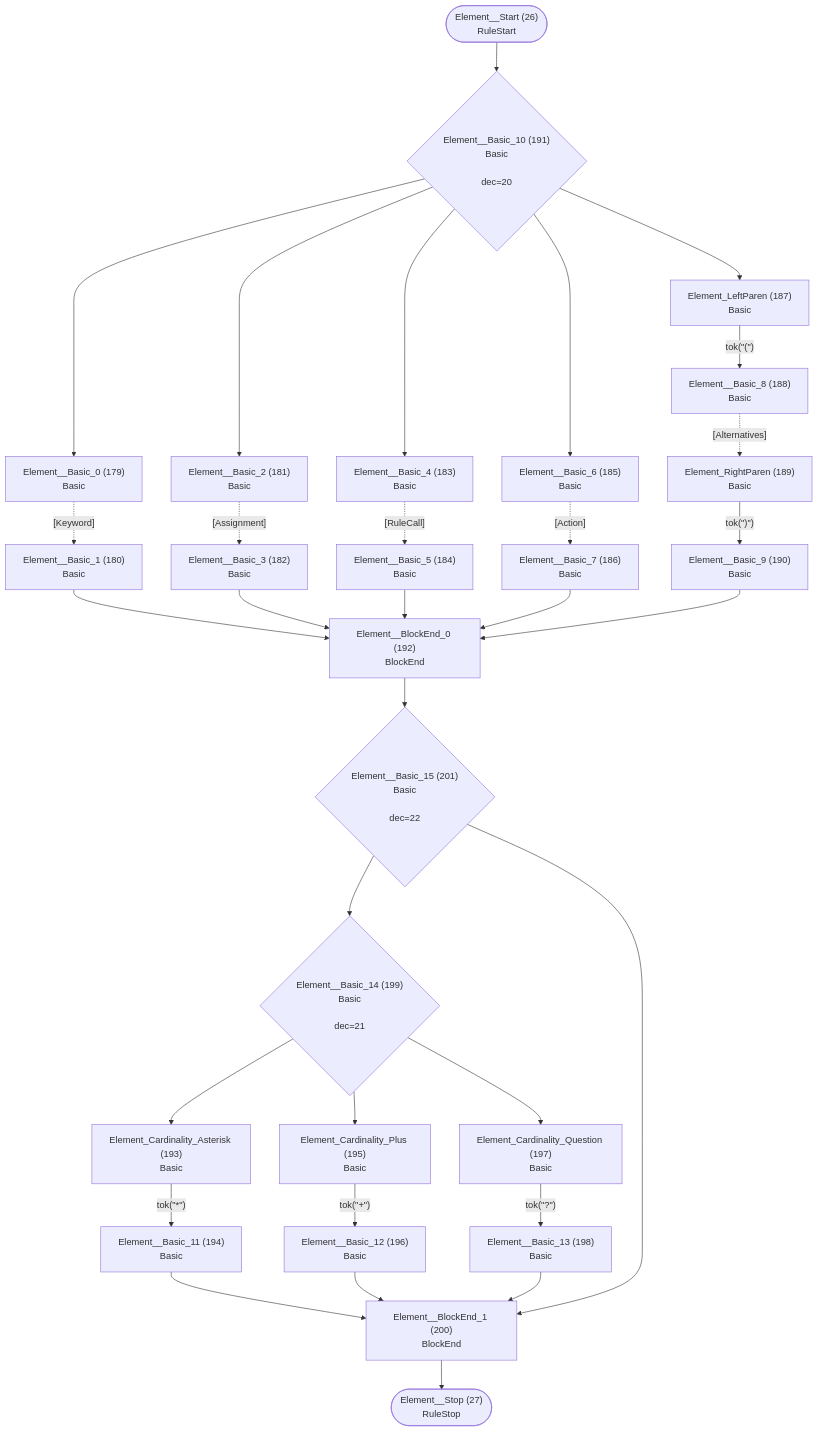
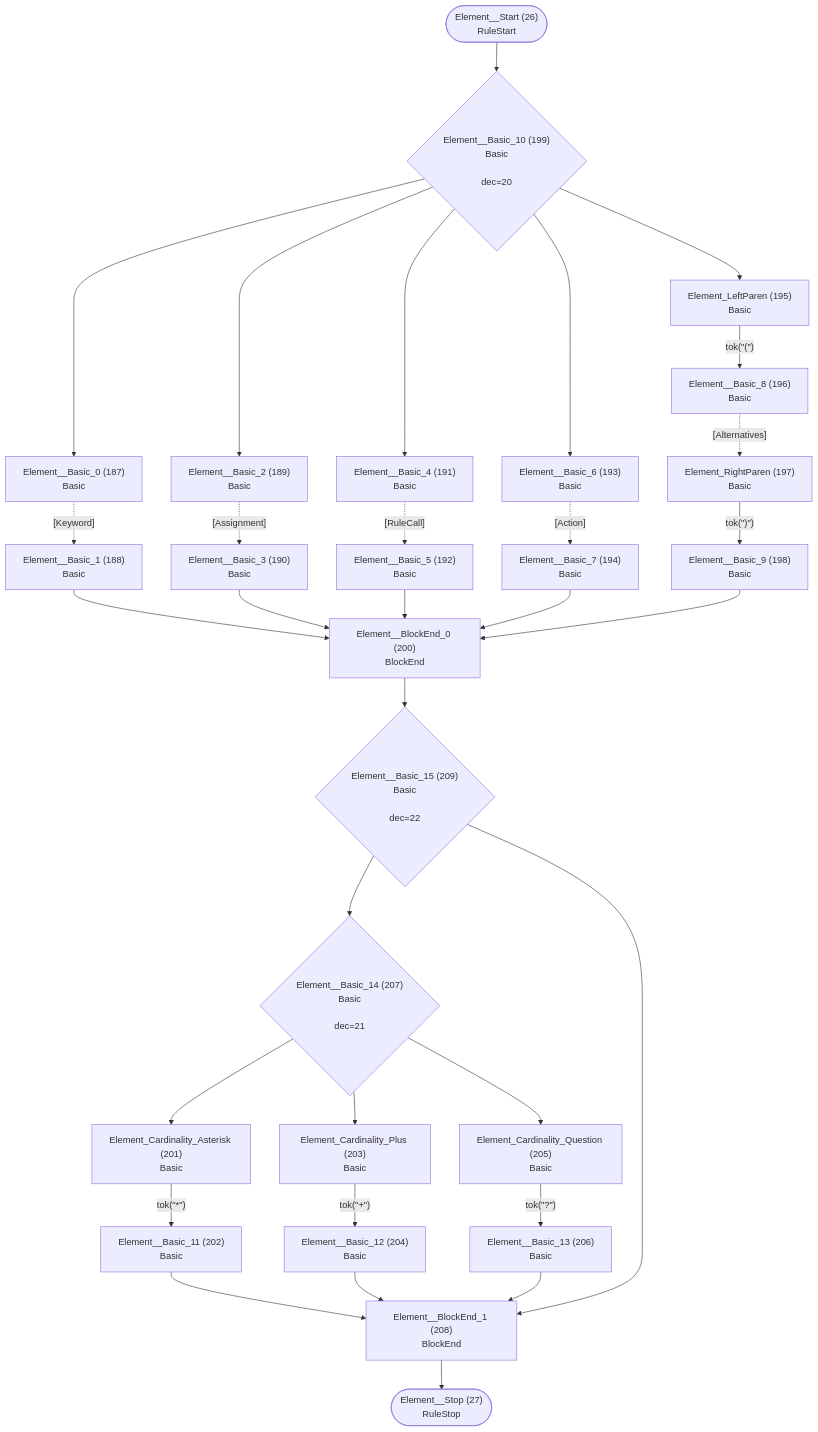
One commit to TypeFox/fastbelt changed diagram 14 of 29 in internal/grammar/atn.md. Above: the diagram before and after it, drawn with Mermaid. The commit also changed other lines of this file and 41 other files, not shown here.

````diff
--- a/internal/grammar/atn.md
+++ b/internal/grammar/atn.md
@@ -416,60 +421,60 @@
 ```mermaid
 flowchart TD
     q26(["Element__Start (26)<br/>RuleStart"])
     q27(["Element__Stop (27)<br/>RuleStop"])
-    q179["Element__Basic_0 (179)<br/>Basic<br/>"]
-    q180["Element__Basic_1 (180)<br/>Basic<br/>"]
-    q181["Element__Basic_2 (181)<br/>Basic<br/>"]
-    q182["Element__Basic_3 (182)<br/>Basic<br/>"]
-    q183["Element__Basic_4 (183)<br/>Basic<br/>"]
-    q184["Element__Basic_5 (184)<br/>Basic<br/>"]
-    q185["Element__Basic_6 (185)<br/>Basic<br/>"]
-    q186["Element__Basic_7 (186)<br/>Basic<br/>"]
-    q187["Element_LeftParen (187)<br/>Basic<br/>"]
-    q188["Element__Basic_8 (188)<br/>Basic<br/>"]
-    q189["Element_RightParen (189)<br/>Basic<br/>"]
-    q190["Element__Basic_9 (190)<br/>Basic<br/>"]
-    q191{"Element__Basic_10 (191)<br/>Basic<br/><br/>dec=20"}
-    q192["Element__BlockEnd_0 (192)<br/>BlockEnd<br/>"]
-    q193["Element_Cardinality_Asterisk (193)<br/>Basic<br/>"]
-    q194["Element__Basic_11 (194)<br/>Basic<br/>"]
-    q195["Element_Cardinality_Plus (195)<br/>Basic<br/>"]
-    q196["Element__Basic_12 (196)<br/>Basic<br/>"]
-    q197["Element_Cardinality_Question (197)<br/>Basic<br/>"]
-    q198["Element__Basic_13 (198)<br/>Basic<br/>"]
-    q199{"Element__Basic_14 (199)<br/>Basic<br/><br/>dec=21"}
-    q200["Element__BlockEnd_1 (200)<br/>BlockEnd<br/>"]
-    q201{"Element__Basic_15 (201)<br/>Basic<br/><br/>dec=22"}
+    q187["Element__Basic_0 (187)<br/>Basic<br/>"]
+    q188["Element__Basic_1 (188)<br/>Basic<br/>"]
+    q189["Element__Basic_2 (189)<br/>Basic<br/>"]
+    q190["Element__Basic_3 (190)<br/>Basic<br/>"]
+    q191["Element__Basic_4 (191)<br/>Basic<br/>"]
+    q192["Element__Basic_5 (192)<br/>Basic<br/>"]
+    q193["Element__Basic_6 (193)<br/>Basic<br/>"]
+    q194["Element__Basic_7 (194)<br/>Basic<br/>"]
+    q195["Element_LeftParen (195)<br/>Basic<br/>"]
+    q196["Element__Basic_8 (196)<br/>Basic<br/>"]
+    q197["Element_RightParen (197)<br/>Basic<br/>"]
+    q198["Element__Basic_9 (198)<br/>Basic<br/>"]
+    q199{"Element__Basic_10 (199)<br/>Basic<br/><br/>dec=20"}
+    q200["Element__BlockEnd_0 (200)<br/>BlockEnd<br/>"]
+    q201["Element_Cardinality_Asterisk (201)<br/>Basic<br/>"]
+    q202["Element__Basic_11 (202)<br/>Basic<br/>"]
+    q203["Element_Cardinality_Plus (203)<br/>Basic<br/>"]
+    q204["Element__Basic_12 (204)<br/>Basic<br/>"]
+    q205["Element_Cardinality_Question (205)<br/>Basic<br/>"]
+    q206["Element__Basic_13 (206)<br/>Basic<br/>"]
+    q207{"Element__Basic_14 (207)<br/>Basic<br/><br/>dec=21"}
+    q208["Element__BlockEnd_1 (208)<br/>BlockEnd<br/>"]
+    q209{"Element__Basic_15 (209)<br/>Basic<br/><br/>dec=22"}
 
-    q26 --> q191
-    q179 -.->|"[Keyword]"| q180
-    q180 --> q192
-    q181 -.->|"[Assignment]"| q182
-    q182 --> q192
-    q183 -.->|"[RuleCall]"| q184
-    q184 --> q192
-    q185 -.->|"[Action]"| q186
-    q186 --> q192
-    q187 -->|"tok(&quot;(&quot;)"| q188
-    q188 -.->|"[Alternatives]"| q189
-    q189 -->|"tok(&quot;)&quot;)"| q190
-    q190 --> q192
-    q191 --> q179
-    q191 --> q181
-    q191 --> q183
-    q191 --> q185
-    q191 --> q187
-    q192 --> q201
-    q193 -->|"tok(&quot;*&quot;)"| q194
+    q26 --> q199
+    q187 -.->|"[Keyword]"| q188
+    q188 --> q200
+    q189 -.->|"[Assignment]"| q190
+    q190 --> q200
+    q191 -.->|"[RuleCall]"| q192
+    q192 --> q200
+    q193 -.->|"[Action]"| q194
     q194 --> q200
-    q195 -->|"tok(&quot;+&quot;)"| q196
-    q196 --> q200
-    q197 -->|"tok(&quot;?&quot;)"| q198
+    q195 -->|"tok(&quot;(&quot;)"| q196
+    q196 -.->|"[Alternatives]"| q197
+    q197 -->|"tok(&quot;)&quot;)"| q198
     q198 --> q200
+    q199 --> q187
+    q199 --> q189
+    q199 --> q191
     q199 --> q193
     q199 --> q195
-    q199 --> q197
-    q200 --> q27
-    q201 --> q199
-    q201 --> q200
+    q200 --> q209
+    q201 -->|"tok(&quot;*&quot;)"| q202
+    q202 --> q208
+    q203 -->|"tok(&quot;+&quot;)"| q204
+    q204 --> q208
+    q205 -->|"tok(&quot;?&quot;)"| q206
+    q206 --> q208
+    q207 --> q201
+    q207 --> q203
+    q207 --> q205
+    q208 --> q27
+    q209 --> q207
+    q209 --> q208
 ```
````
